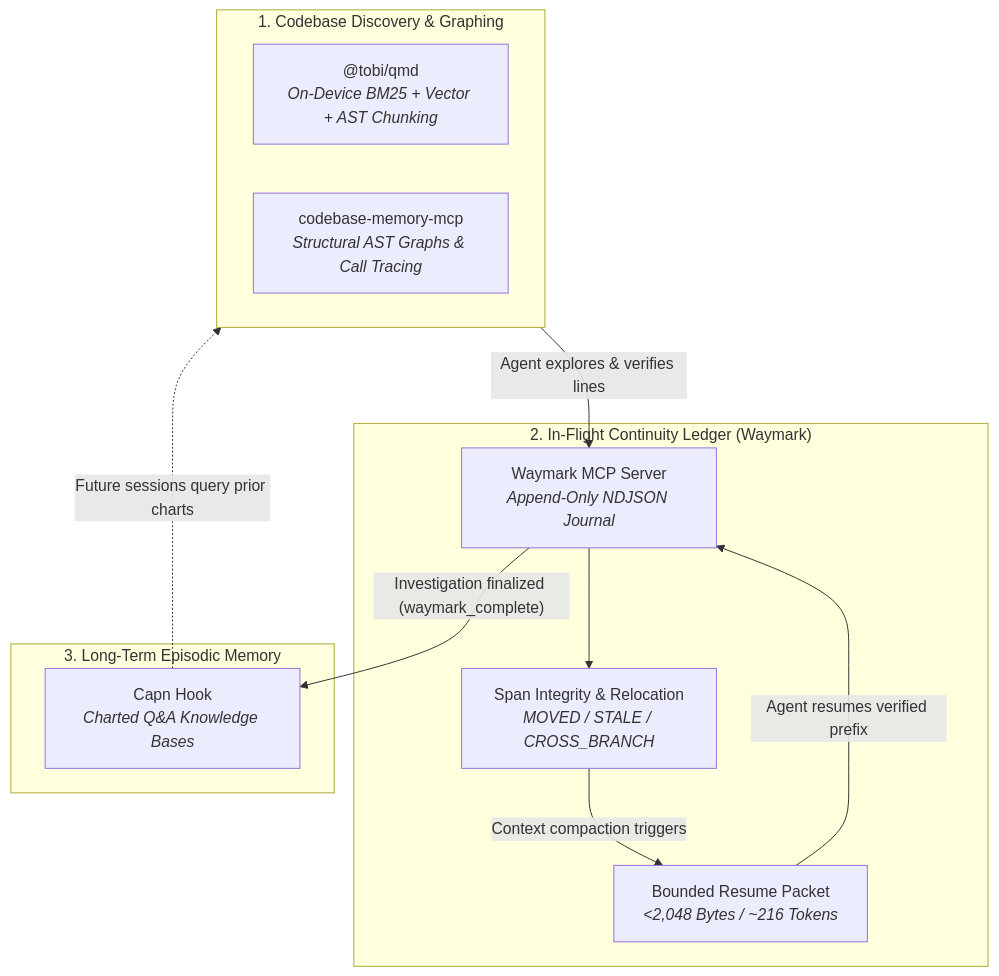
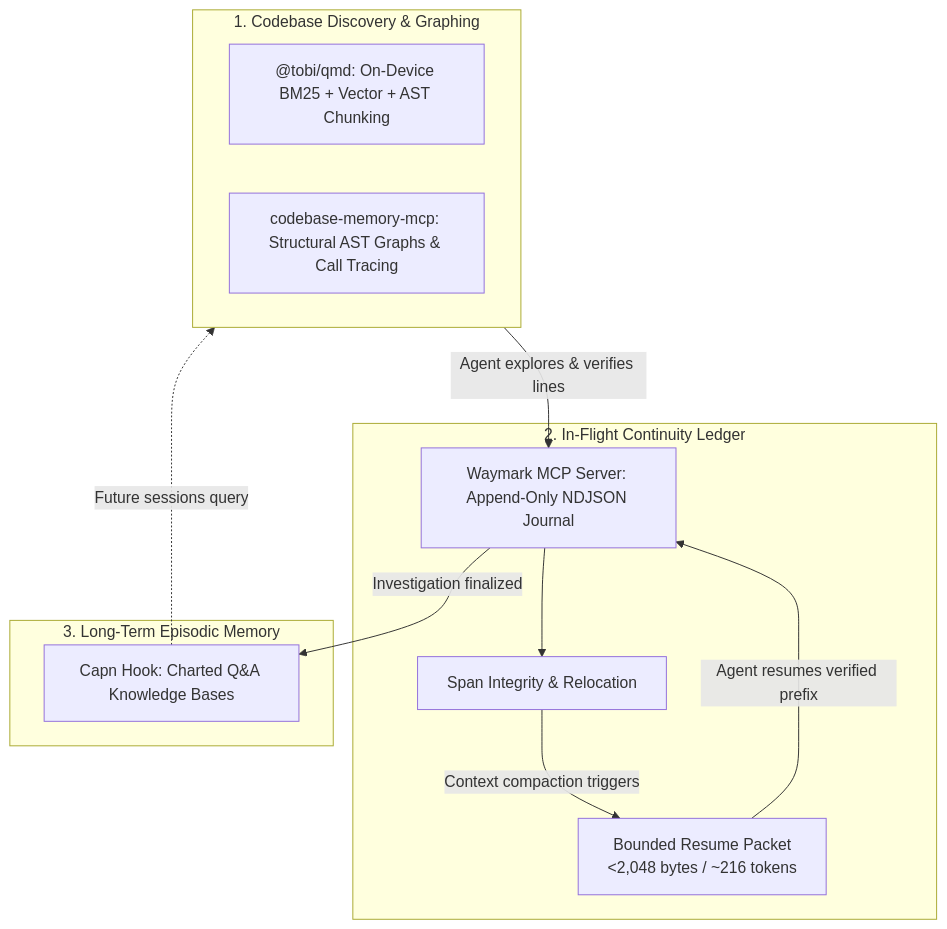
One commit to paragon-ux/waymark changed the diagram in README.md. Above: the diagram before and after it, drawn with Mermaid. The commit also changed other lines of this file, not shown here.

Commit message:
Refine flowchart labels and README formatting
Updated flowchart labels and descriptions for clarity. Adjusted formatting for consistency in the README.

````diff
--- a/README.md
+++ b/README.md
@@ -31,24 +31,24 @@
 ```mermaid
 flowchart TD
-    subgraph Discovery ["1. Codebase Discovery & Graphing"]
-        QMD["@tobi/qmd<br/><i>On-Device BM25 + Vector + AST Chunking</i>"]
-        CBM["codebase-memory-mcp<br/><i>Structural AST Graphs & Call Tracing</i>"]
+    subgraph Discovery["1. Codebase Discovery & Graphing"]
+        QMD["@tobi/qmd: On-Device BM25 + Vector + AST Chunking"]
+        CBM["codebase-memory-mcp: Structural AST Graphs & Call Tracing"]
     end
 
-    subgraph InFlight ["2. In-Flight Continuity Ledger (Waymark)"]
-        WM["Waymark MCP Server<br/><i>Append-Only NDJSON Journal</i>"]
-        SpanCheck["Span Integrity & Relocation<br/><i>MOVED / STALE / CROSS_BRANCH</i>"]
-        ResumePkt["Bounded Resume Packet<br/><i>&lt;2,048 Bytes / ~216 Tokens</i>"]
+    subgraph InFlight["2. In-Flight Continuity Ledger"]
+        WM["Waymark MCP Server: Append-Only NDJSON Journal"]
+        SpanCheck["Span Integrity & Relocation"]
+        ResumePkt["Bounded Resume Packet<br/>&lt;2,048 bytes / ~216 tokens"]
     end
 
-    subgraph LongTerm ["3. Long-Term Episodic Memory"]
-        Capn["Capn Hook<br/><i>Charted Q&amp;A Knowledge Bases</i>"]
+    subgraph LongTerm["3. Long-Term Episodic Memory"]
+        Capn["Capn Hook: Charted Q&A Knowledge Bases"]
     end
 
-    Discovery -->|"Agent explores &amp; verifies lines"| WM
+    Discovery -->|Agent explores & verifies lines| WM
     WM --> SpanCheck
-    SpanCheck -->|"Context compaction triggers"| ResumePkt
-    ResumePkt -->|"Agent resumes verified prefix"| WM
-    WM -->|"Investigation finalized (waymark_complete)"| Capn
-    Capn -.->|"Future sessions query prior charts"| Discovery
+    SpanCheck -->|Context compaction triggers| ResumePkt
+    ResumePkt -->|Agent resumes verified prefix| WM
+    WM -->|Investigation finalized| Capn
+    Capn -.->|Future sessions query| Discovery
 ```
````
